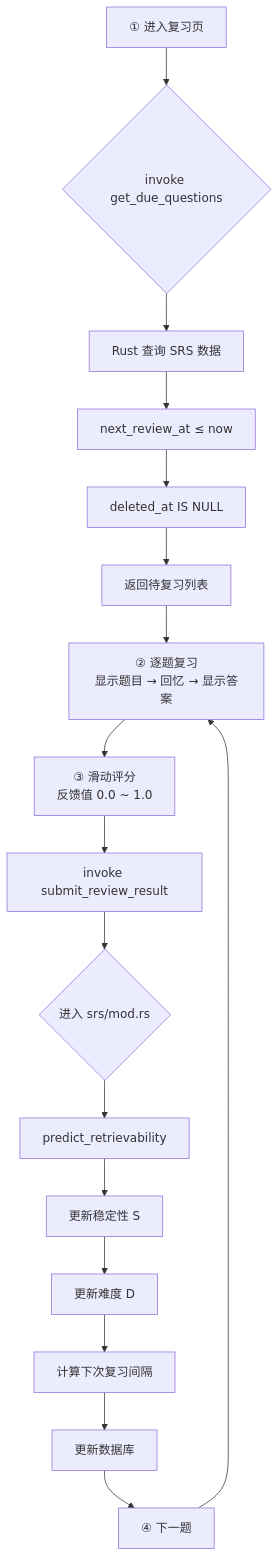
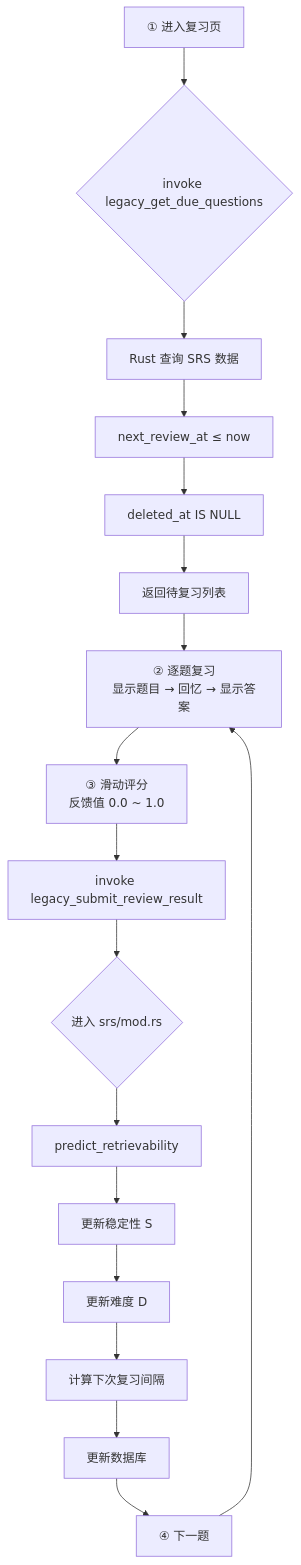
One commit to zpb911km/SmartErrorNotebook changed the third of 5 diagrams in docs/ARCHITECTURE.md. Above: the diagram before and after it, drawn with Mermaid. The commit also changed other lines of this file and 46 other files, not shown here.

````diff
--- a/docs/ARCHITECTURE.md
+++ b/docs/ARCHITECTURE.md
@@ -164,19 +164,19 @@
 ```mermaid
 flowchart TD
-    A[① 进入复习页] --> B{invoke get_due_questions}
+    A[① 进入复习页] --> B{invoke legacy_get_due_questions}
     B --> C[Rust 查询 SRS 数据]
     C --> C1[next_review_at ≤ now]
     C1 --> C2[deleted_at IS NULL]
     C2 --> D[返回待复习列表]
     D --> E[② 逐题复习<br/>显示题目 → 回忆 → 显示答案]
     E --> F[③ 滑动评分<br/>反馈值 0.0 ~ 1.0]
-    F --> G[invoke submit_review_result]
+    F --> G[invoke legacy_submit_review_result]
     G --> H{进入 srs/mod.rs}
     H --> H1[predict_retrievability]
     H1 --> H2[更新稳定性 S]
     H2 --> H3[更新难度 D]
     H3 --> H4[计算下次复习间隔]
     H4 --> H5[更新数据库]
     H5 --> I[④ 下一题]
     I --> E
 ```
````
